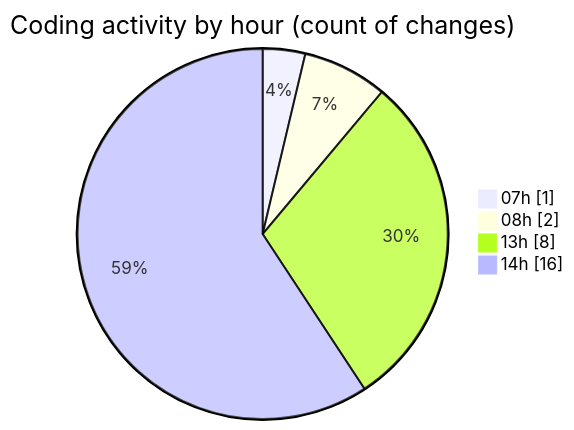
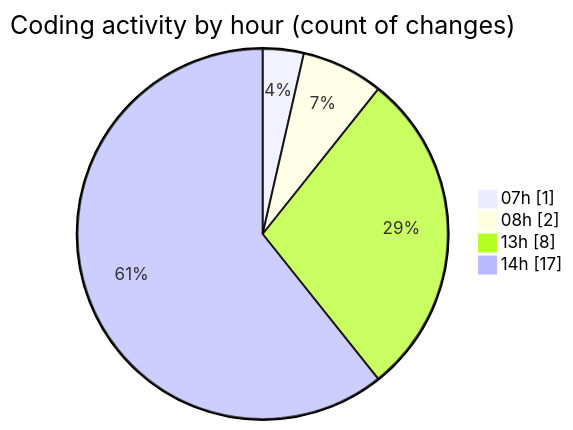
One commit to vahidmafi/code-tracking changed the second of 2 diagrams in 2025-01-24/zeytoon/README.md. Above: the diagram before and after it, drawn with Mermaid. The commit also changed other lines of this file and 1 other file, not shown here.

````diff
--- a/2025-01-24/zeytoon/README.md
+++ b/2025-01-24/zeytoon/README.md
@@ -51,8 +51,8 @@
 ```mermaid
 pie showData
 title Coding activity by hour (count of changes)
 "07h" : 1
 "08h" : 2
 "13h" : 8
-"14h" : 16
+"14h" : 17
 ```
````
